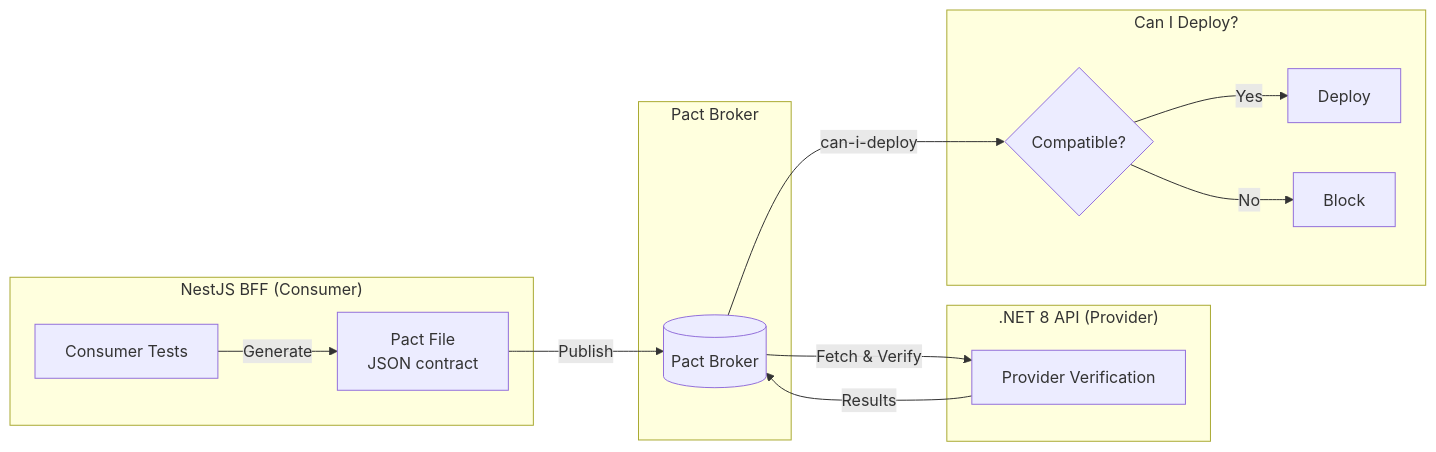
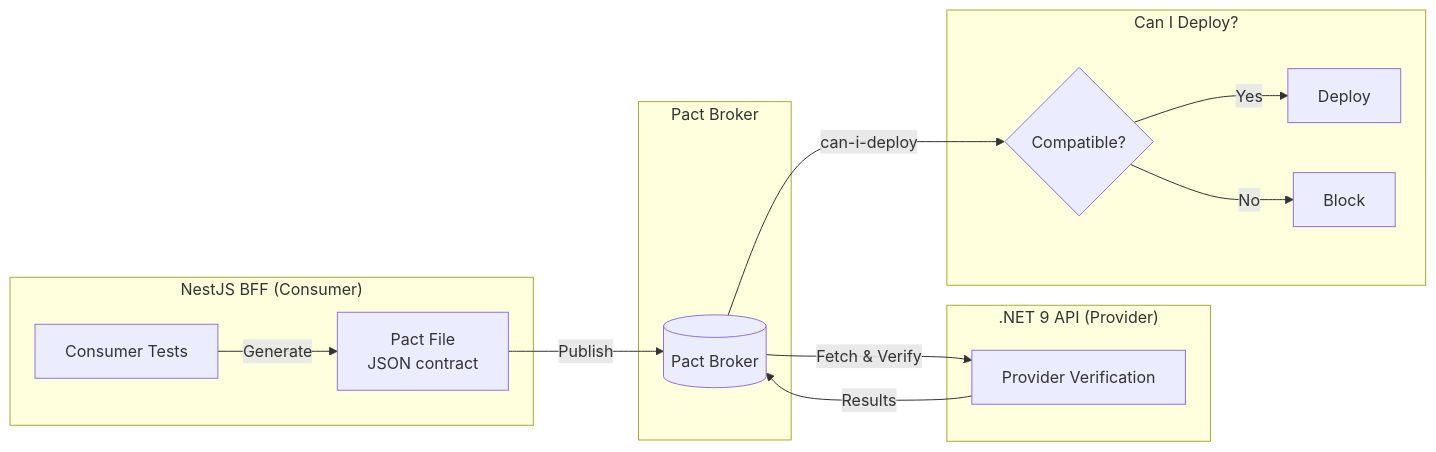
One commit to sukhesh035/employee_budget_allocation changed diagram 16 of 23 in docs/superpowers/specs/2026-04-17-employee-budget-allocation-design.md. Above: the diagram before and after it, drawn with Mermaid. The commit also changed other lines of this file and 11 other files, not shown here.

````diff
--- a/docs/superpowers/specs/2026-04-17-employee-budget-allocation-design.md
+++ b/docs/superpowers/specs/2026-04-17-employee-budget-allocation-design.md
@@ -1659,21 +1663,21 @@
 ```mermaid
 flowchart LR
     subgraph Consumer["NestJS BFF (Consumer)"]
         CT[Consumer Tests] -->|"Generate"| PACT[Pact File<br/>JSON contract]
     end
 
     subgraph Broker["Pact Broker"]
         PACT -->|"Publish"| PB[(Pact Broker)]
     end
 
-    subgraph Provider[".NET 8 API (Provider)"]
+    subgraph Provider[".NET 9 API (Provider)"]
         PB -->|"Fetch & Verify"| PV[Provider Verification]
         PV -->|"Results"| PB
     end
 
     subgraph CIDeploy["Can I Deploy?"]
         PB -->|"can-i-deploy"| CHECK{Compatible?}
         CHECK -->|Yes| DEPLOY[Deploy]
         CHECK -->|No| BLOCK[Block]
     end
 ```
````
